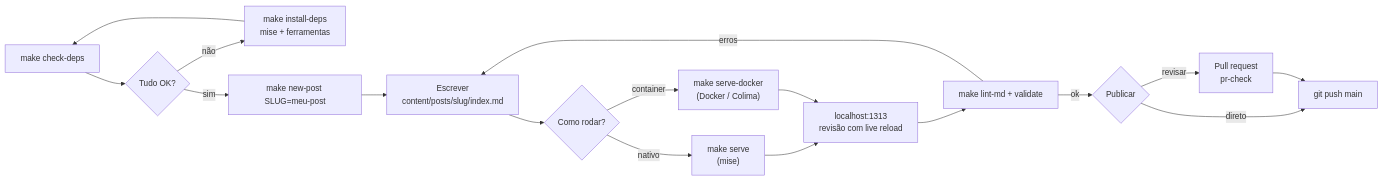
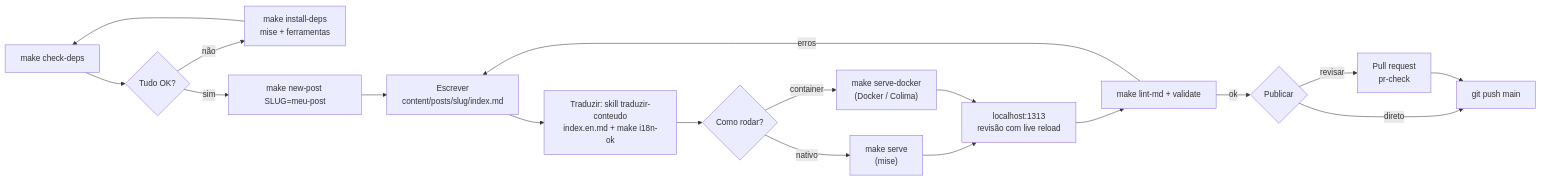
Before and after one commit to aeciopires/blog-aeciopires: the fourth of 5 diagrams in docs/ARCHITECTURE.md, drawn with Mermaid. The commit also changed other lines of this file and 222 other files, not shown here.

````diff
--- a/docs/ARCHITECTURE.md
+++ b/docs/ARCHITECTURE.md
@@ -138,19 +146,20 @@
 ```mermaid
 flowchart LR
   CD["make check-deps"] --> OK{"Tudo OK?"}
   OK -- "não" --> ID["make install-deps<br/>mise + ferramentas"]
   ID --> CD
   OK -- "sim" --> N["make new-post SLUG=meu-post"]
   N --> W["Escrever<br/>content/posts/slug/index.md"]
-  W --> SV{"Como rodar?"}
+  W --> T["Traduzir: skill traduzir-conteudo<br/>index.en.md + make i18n-ok"]
+  T --> SV{"Como rodar?"}
   SV -- "nativo" --> S1["make serve<br/>(mise)"]
   SV -- "container" --> S2["make serve-docker<br/>(Docker / Colima)"]
   S1 --> V["localhost:1313<br/>revisão com live reload"]
   S2 --> V
   V --> VA["make lint-md + validate"]
   VA -- "erros" --> W
   VA -- "ok" --> PUB{"Publicar"}
   PUB -- "direto" --> PU["git push main"]
   PUB -- "revisar" --> PR["Pull request<br/>pr-check"]
   PR --> PU
 ```
````
